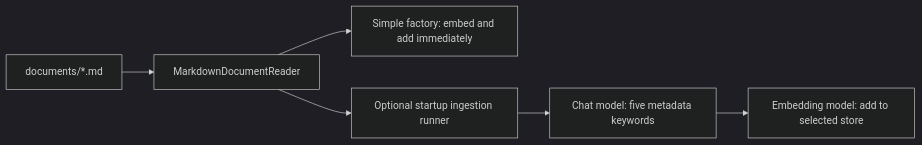
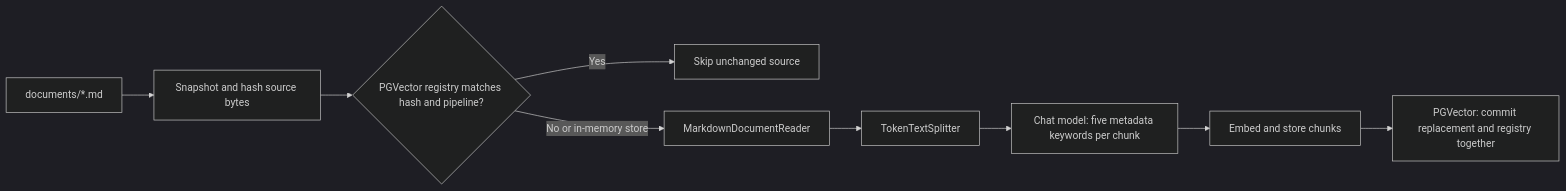
Before and after one commit to PeterTian0626/nba-game-master: the diagram in docs/rag.md, drawn with Mermaid (dark theme). The commit also changed other lines of this file and 17 other files, not shown here.

Commit message:
feat(rag): track document ingestion in PostgreSQL

````diff
--- a/docs/rag.md
+++ b/docs/rag.md
@@ -38,8 +39,11 @@
 ```mermaid
 flowchart LR
-    MD[documents/*.md] --> Reader[MarkdownDocumentReader]
-    Reader --> Simple[Simple factory: embed and add immediately]
-    Reader --> Runner[Optional startup ingestion runner]
-    Runner --> Keywords[Chat model: five metadata keywords]
-    Keywords --> Add[Embedding model: add to selected store]
+    MD[documents/*.md] --> Scan[Snapshot and hash source bytes]
+    Scan --> Registry{PGVector registry matches hash and pipeline?}
+    Registry -->|Yes| Skip[Skip unchanged source]
+    Registry -->|No or in-memory store| Reader[MarkdownDocumentReader]
+    Reader --> Split[TokenTextSplitter]
+    Split --> Keywords[Chat model: five metadata keywords per chunk]
+    Keywords --> Add[Embed and store chunks]
+    Add --> Commit[PGVector: commit replacement and registry together]
 ```
````
